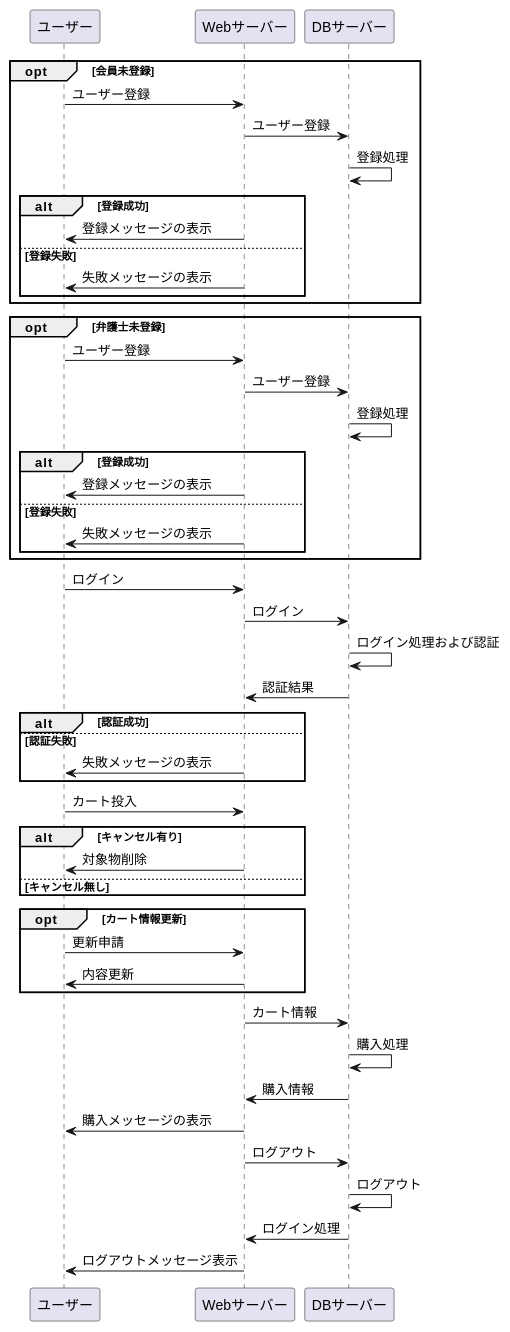
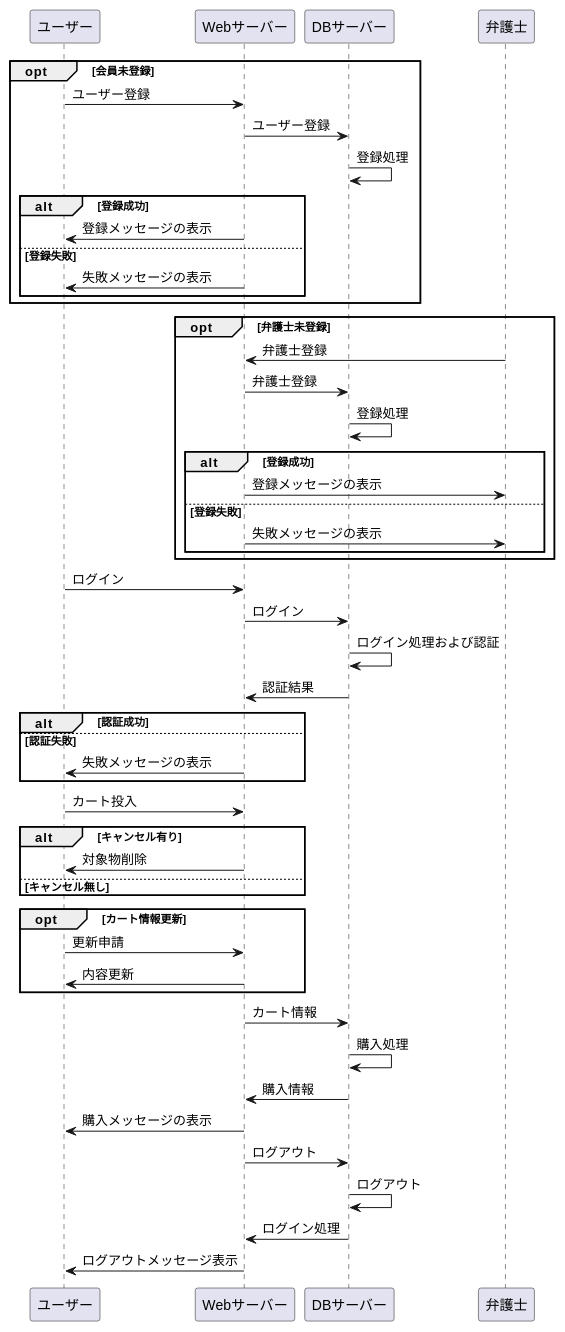
The diagram in bengoshi-syoukai.md (Aso2001374/2021sys-design), drawn with PlantUML before and after one commit.

````diff
--- a/bengoshi-syoukai.md
+++ b/bengoshi-syoukai.md
@@ -1,71 +1,71 @@
 ```uml
 @startuml
 
 opt 会員未登録
 
 ユーザー -> Webサーバー:ユーザー登録
 Webサーバー -> DBサーバー:ユーザー登録
 DBサーバー -> DBサーバー:登録処理
 
   alt 登録成功
     Webサーバー ->ユーザー:登録メッセージの表示
   else 登録失敗
     Webサーバー ->ユーザー:失敗メッセージの表示
   end
   
 end
 
 
 opt 弁護士未登録
 
-ユーザー -> Webサーバー:ユーザー登録
-Webサーバー -> DBサーバー:ユーザー登録
+弁護士 -> Webサーバー:弁護士登録
+Webサーバー -> DBサーバー:弁護士登録
 DBサーバー -> DBサーバー:登録処理
 
   alt 登録成功
-    Webサーバー ->ユーザー:登録メッセージの表示
+    Webサーバー ->弁護士:登録メッセージの表示
   else 登録失敗
-    Webサーバー ->ユーザー:失敗メッセージの表示
+    Webサーバー ->弁護士:失敗メッセージの表示
   end
   
 end
 
 
 ユーザー -> Webサーバー:ログイン
 Webサーバー -> DBサーバー:ログイン
 DBサーバー -> DBサーバー:ログイン処理および認証
 DBサーバー -> Webサーバー:認証結果
 
   alt 認証成功
     else 認証失敗
     Webサーバー ->ユーザー:失敗メッセージの表示
   end
     
 
 ユーザー -> Webサーバー:カート投入
 
   
   alt キャンセル有り
       Webサーバー ->ユーザー:対象物削除
     else キャンセル無し
   end
   
   opt カート情報更新
       ユーザー -> Webサーバー:更新申請
       Webサーバー ->ユーザー:内容更新
   end
   
 Webサーバー -> DBサーバー:カート情報
 DBサーバー -> DBサーバー:購入処理
 DBサーバー -> Webサーバー:購入情報
 Webサーバー ->ユーザー:購入メッセージの表示
 
 Webサーバー -> DBサーバー:ログアウト
 DBサーバー -> DBサーバー:ログアウト
 DBサーバー -> Webサーバー:ログイン処理
 Webサーバー ->ユーザー:ログアウトメッセージ表示
   
   
 
 @enduml
 ```
````
